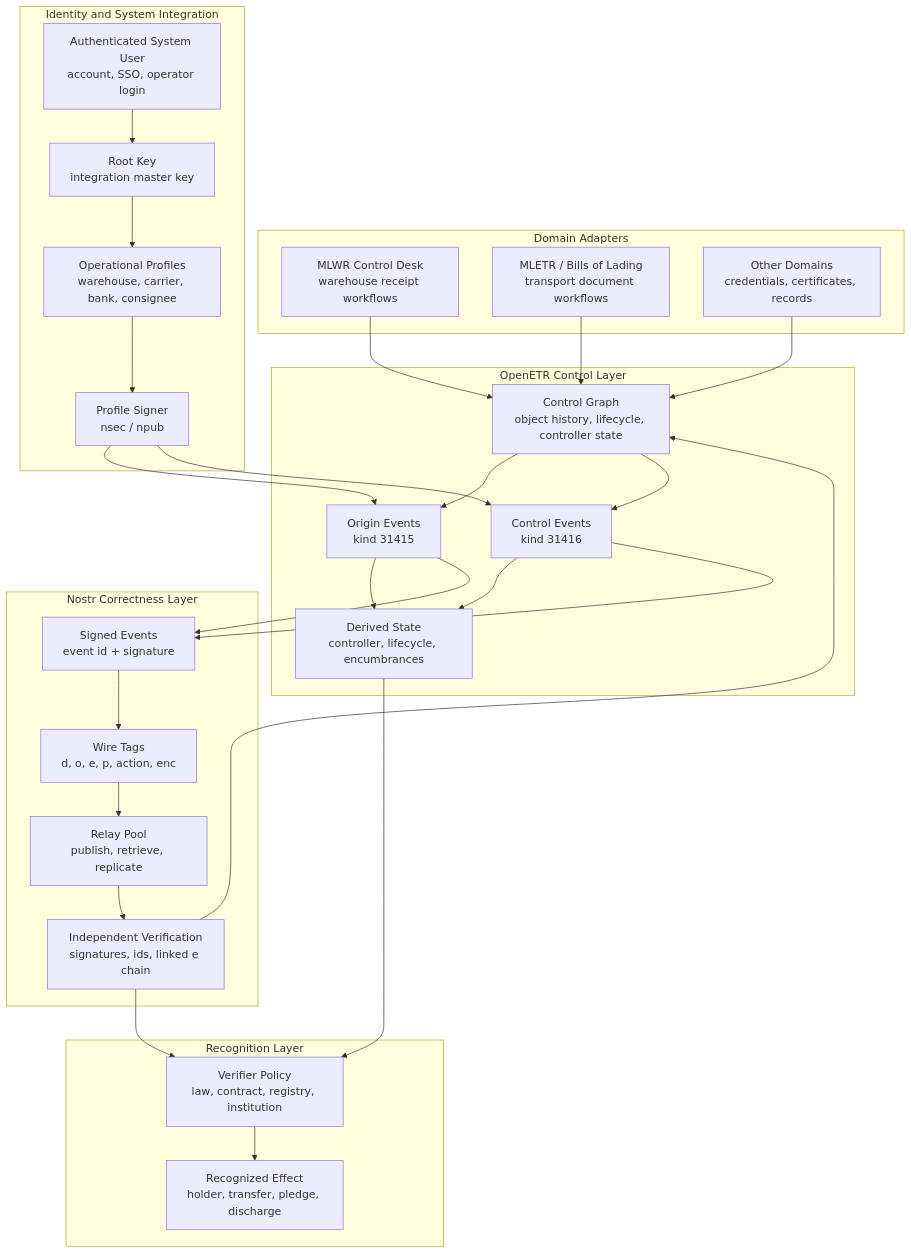
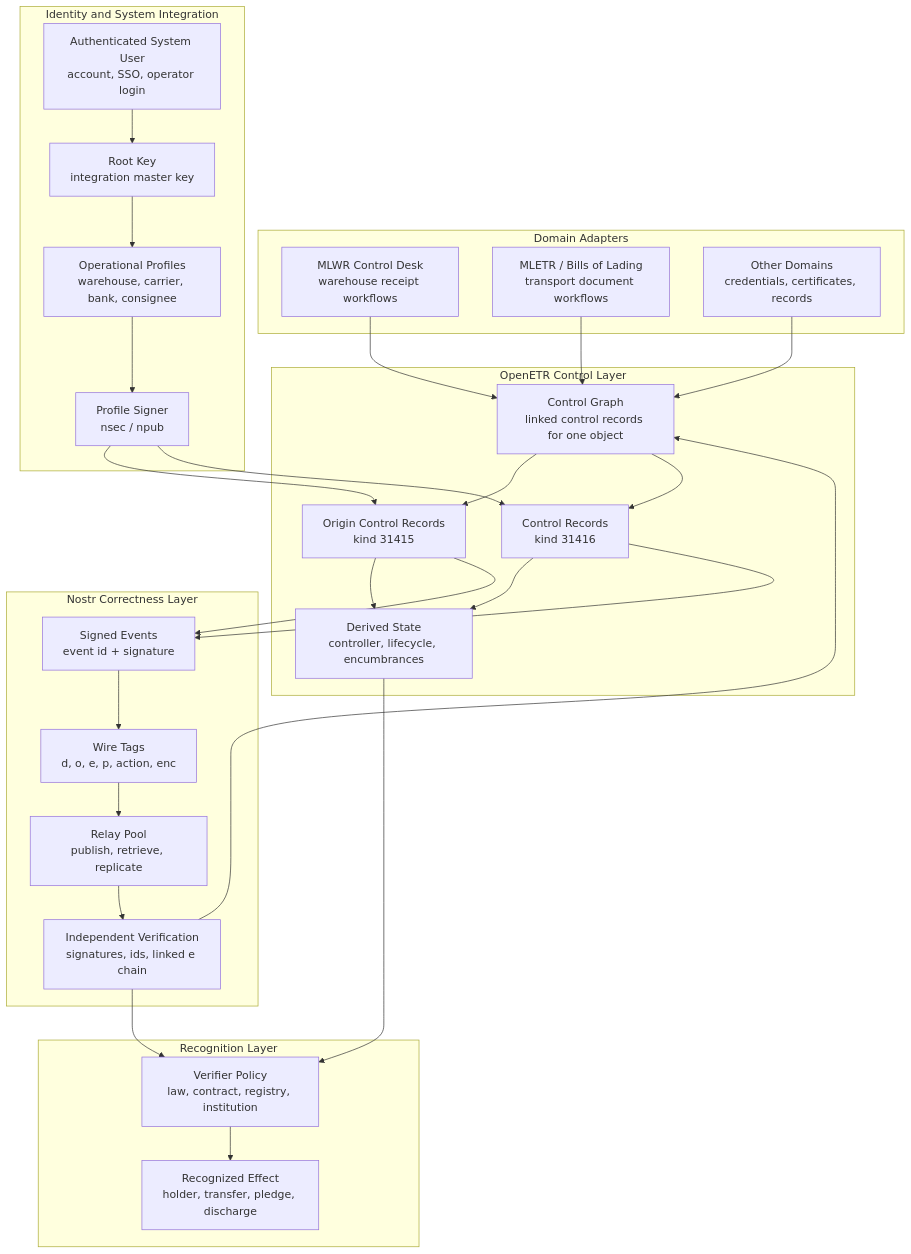
Before and after one commit to trbouma/openetr: the diagram in docs/specs/OPENETR_CONTROL_GRAPH_INFOGRAPHIC.md, drawn with Mermaid. The commit also changed other lines of this file and 23 other files, not shown here.

````diff
--- a/docs/specs/OPENETR_CONTROL_GRAPH_INFOGRAPHIC.md
+++ b/docs/specs/OPENETR_CONTROL_GRAPH_INFOGRAPHIC.md
@@ -11,60 +11,60 @@
 ```mermaid
 flowchart TB
     subgraph Domain["Domain Adapters"]
         MLWR["MLWR Control Desk<br/>warehouse receipt workflows"]
         MLETR["MLETR / Bills of Lading<br/>transport document workflows"]
         OTHER["Other Domains<br/>credentials, certificates, records"]
     end
 
     subgraph Control["OpenETR Control Layer"]
-        GRAPH["Control Graph<br/>object history, lifecycle, controller state"]
-        ORIGIN["Origin Events<br/>kind 31415"]
-        CONTROL_EVENTS["Control Events<br/>kind 31416"]
+        GRAPH["Control Graph<br/>linked control records for one object"]
+        ORIGIN["Origin Control Records<br/>kind 31415"]
+        CONTROL_EVENTS["Control Records<br/>kind 31416"]
         STATE["Derived State<br/>controller, lifecycle, encumbrances"]
     end
 
     subgraph Nostr["Nostr Correctness Layer"]
         EVENTS["Signed Events<br/>event id + signature"]
         TAGS["Wire Tags<br/>d, o, e, p, action, enc"]
         RELAYS["Relay Pool<br/>publish, retrieve, replicate"]
         VERIFY["Independent Verification<br/>signatures, ids, linked e chain"]
     end
 
     subgraph Identity["Identity and System Integration"]
         USER["Authenticated System User<br/>account, SSO, operator login"]
         ROOT["Root Key<br/>integration master key"]
         PROFILE["Operational Profiles<br/>warehouse, carrier, bank, consignee"]
         SIGNER["Profile Signer<br/>nsec / npub"]
     end
 
     subgraph Recognition["Recognition Layer"]
         POLICY["Verifier Policy<br/>law, contract, registry, institution"]
         EFFECT["Recognized Effect<br/>holder, transfer, pledge, discharge"]
     end
 
     MLWR --> GRAPH
     MLETR --> GRAPH
     OTHER --> GRAPH
 
     GRAPH --> ORIGIN
     GRAPH --> CONTROL_EVENTS
     ORIGIN --> STATE
     CONTROL_EVENTS --> STATE
 
     ORIGIN --> EVENTS
     CONTROL_EVENTS --> EVENTS
     EVENTS --> TAGS
     TAGS --> RELAYS
     RELAYS --> VERIFY
     VERIFY --> GRAPH
 
     USER --> ROOT
     ROOT --> PROFILE
     PROFILE --> SIGNER
     SIGNER --> ORIGIN
     SIGNER --> CONTROL_EVENTS
 
     STATE --> POLICY
     VERIFY --> POLICY
     POLICY --> EFFECT
 ```
````
